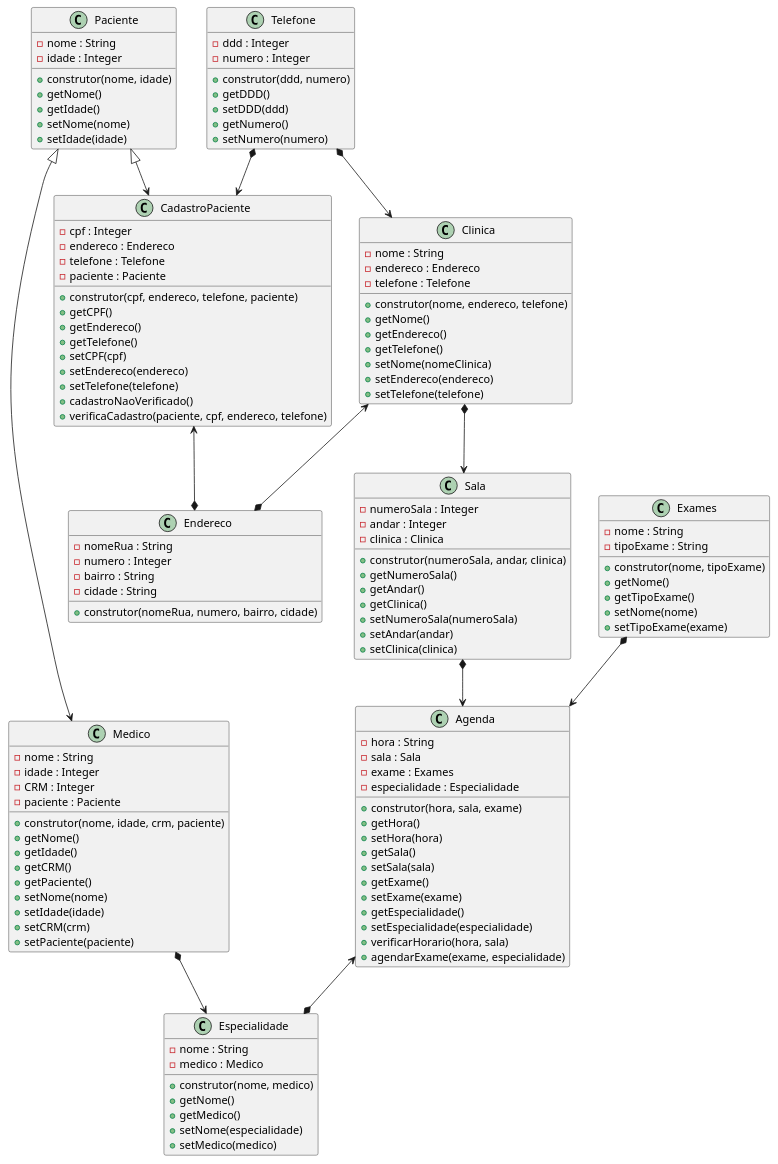
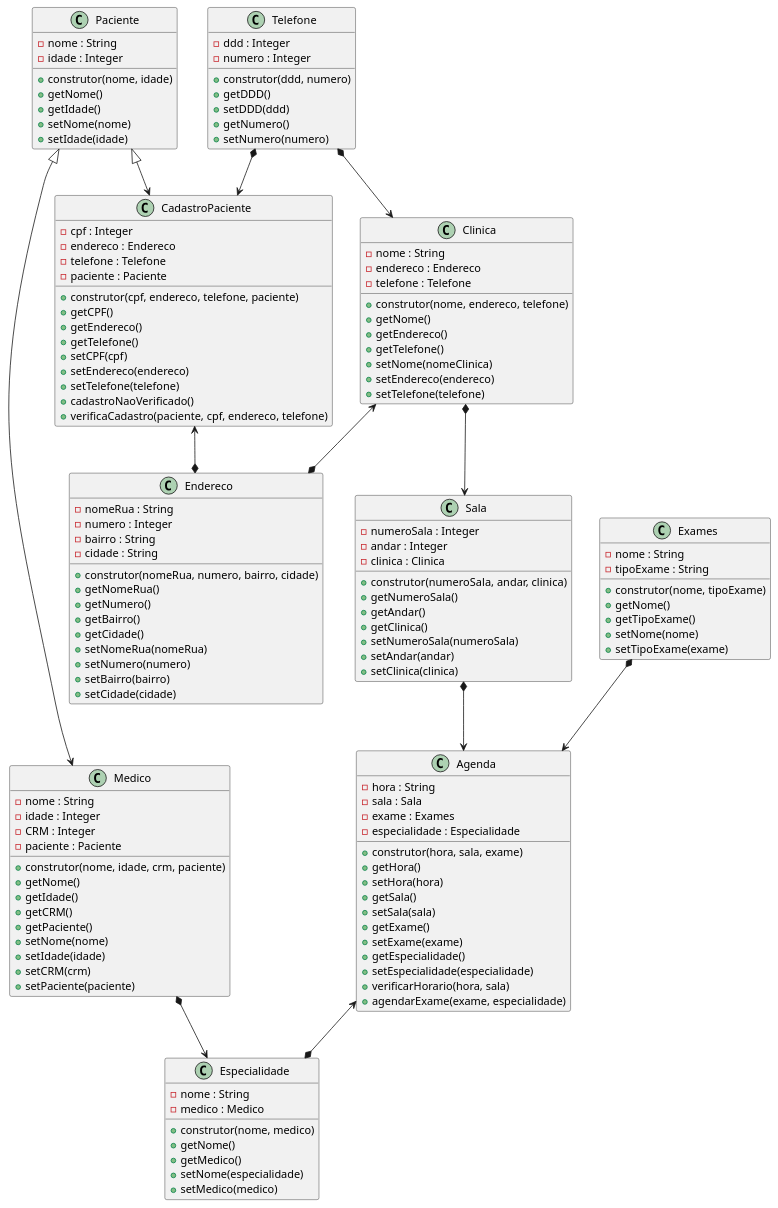
The diagram in diagrama.plantuml (anleaes/2022-1-N2-POO-03), drawn with PlantUML before and after one commit.

Commit message:
criado metodos gets e sets os atributos de endereco no diagrama

```diff
--- a/diagrama.plantuml
+++ b/diagrama.plantuml
@@ -1,139 +1,147 @@
 @startuml Gerenciamento de Exames Medicos
 
     class Agenda{
         - hora : String
         - sala : Sala
         - exame : Exames
         - especialidade : Especialidade
         + construtor(hora, sala, exame)
         + getHora()
         + setHora(hora)
         + getSala()
         + setSala(sala)
         + getExame()
         + setExame(exame)
         + getEspecialidade()
         + setEspecialidade(especialidade)
         + verificarHorario(hora, sala)
         + agendarExame(exame, especialidade)
     }
 
     class Paciente{
         - nome : String
         - idade : Integer
         + construtor(nome, idade)
         + getNome()
         + getIdade()
         + setNome(nome)
         + setIdade(idade)
     }
 
     class CadastroPaciente{
         - cpf : Integer
         - endereco : Endereco
         - telefone : Telefone
         - paciente : Paciente
         + construtor(cpf, endereco, telefone, paciente)
         + getCPF()
         + getEndereco()
         + getTelefone()
         + setCPF(cpf)
         + setEndereco(endereco)
         + setTelefone(telefone)
         + cadastroNaoVerificado()
         + verificaCadastro(paciente, cpf, endereco, telefone)
     }
 
     class Medico{
         - nome : String
         - idade : Integer
         - CRM : Integer
         - paciente : Paciente
         + construtor(nome, idade, crm, paciente)
         + getNome()
         + getIdade()
         + getCRM()
         + getPaciente()
         + setNome(nome)
         + setIdade(idade)
         + setCRM(crm)
         + setPaciente(paciente)
     }
 
     class Exames{
         - nome : String
         - tipoExame : String
         + construtor(nome, tipoExame)
         + getNome()
         + getTipoExame()
         + setNome(nome)
         + setTipoExame(exame)
     }
 
     class Especialidade{
         - nome : String
         - medico : Medico
         + construtor(nome, medico)
         + getNome()
         + getMedico()
         + setNome(especialidade)
         + setMedico(medico)
     }
 
     class Clinica{
         - nome : String
         - endereco : Endereco
         - telefone : Telefone
         + construtor(nome, endereco, telefone)
         + getNome()
         + getEndereco()
         + getTelefone()
         + setNome(nomeClinica)
         + setEndereco(endereco)
         + setTelefone(telefone)
     }
 
     class Sala{
         - numeroSala : Integer
         - andar : Integer
         - clinica : Clinica
         + construtor(numeroSala, andar, clinica)
         + getNumeroSala()
         + getAndar()
         + getClinica()
         + setNumeroSala(numeroSala)
         + setAndar(andar)
         + setClinica(clinica)
     }
 
     class Endereco{
         - nomeRua : String
         - numero : Integer
         - bairro : String
         - cidade : String
         + construtor(nomeRua, numero, bairro, cidade)
+        + getNomeRua()
+        + getNumero()
+        + getBairro()
+        + getCidade()
+        + setNomeRua(nomeRua)
+        + setNumero(numero)
+        + setBairro(bairro)
+        + setCidade(cidade)
     }
 
     class Telefone{
         - ddd : Integer
         - numero : Integer
         + construtor(ddd, numero)
         + getDDD()
         + setDDD(ddd)
         + getNumero()
         + setNumero(numero)
     }
 
     Paciente <|--> CadastroPaciente
     Paciente <|--> Medico
     Medico *--> Especialidade
     Exames *--> Agenda
     Sala *--> Agenda
     Agenda <--* Especialidade
     Clinica *--> Sala
     Clinica <--* Endereco
     CadastroPaciente <--* Endereco
     Telefone *--> Clinica
     Telefone *--> CadastroPaciente
 
 @enduml
```
